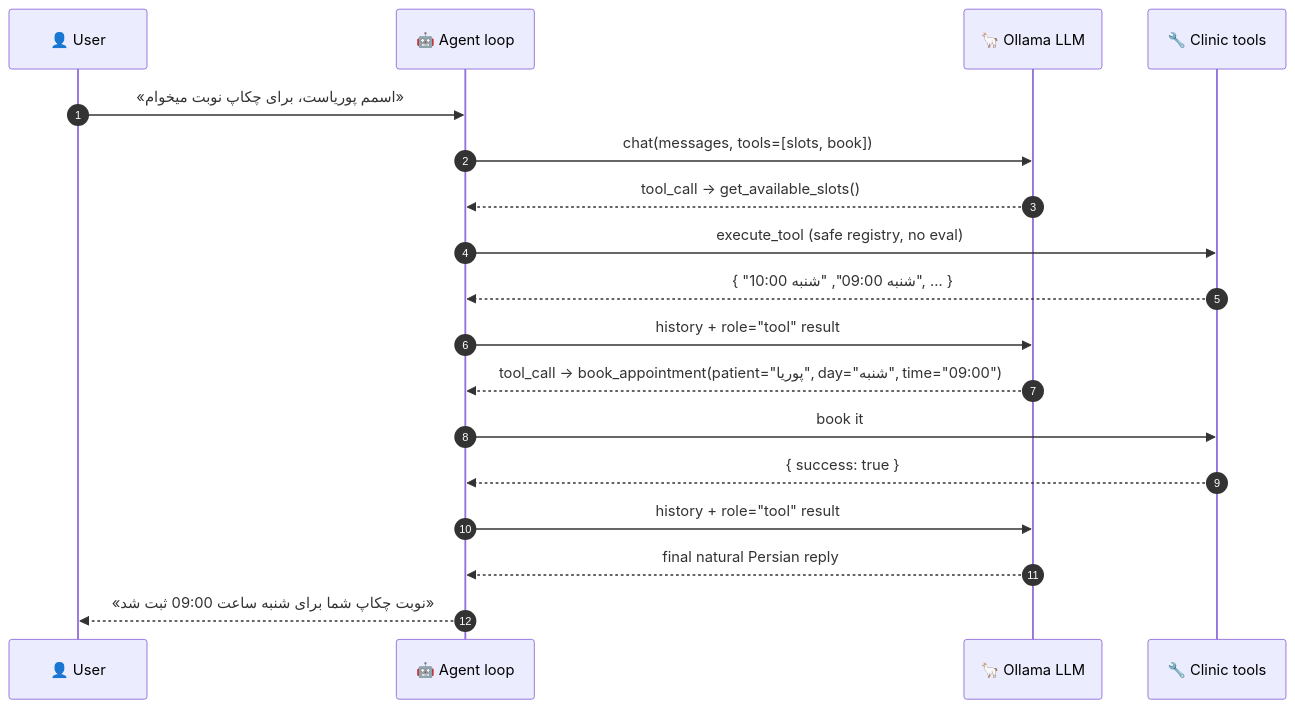
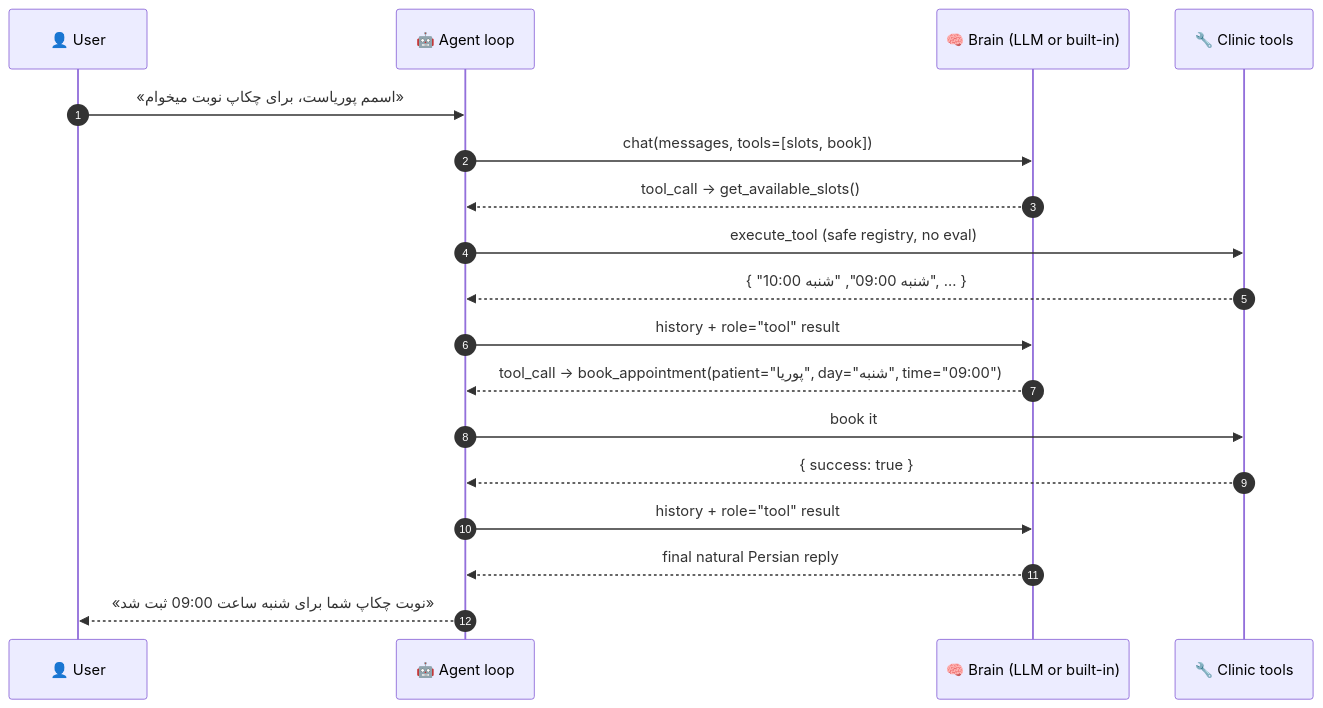
Before and after one commit to SirBNL/doctor-agent: the second of 2 diagrams in README.md, drawn with Mermaid. The commit also changed other lines of this file and 3 other files, not shown here.

Commit message:
✨ README masterpiece v2 — 'works without LLM' story, three-brains diagram, stats cards; CI + Snake workflows restored

````diff
--- a/README.md
+++ b/README.md
@@ -47,21 +85,21 @@
 ```mermaid
 sequenceDiagram
     autonumber
     participant U as 👤 User
     participant A as 🤖 Agent loop
-    participant O as 🦙 Ollama LLM
+    participant O as 🧠 Brain (LLM or built-in)
     participant T as 🔧 Clinic tools
 
     U->>A: «اسمم پوریاست، برای چکاپ نوبت میخوام»
     A->>O: chat(messages, tools=[slots, book])
     O-->>A: tool_call → get_available_slots()
     A->>T: execute_tool (safe registry, no eval)
     T-->>A: { "شنبه 09:00", "شنبه 10:00", … }
     A->>O: history + role="tool" result
     O-->>A: tool_call → book_appointment(patient="پوریا", day="شنبه", time="09:00")
     A->>T: book it
     T-->>A: { success: true }
     A->>O: history + role="tool" result
     O-->>A: final natural Persian reply
     A-->>U: «نوبت چکاپ شما برای شنبه ساعت 09:00 ثبت شد»
 ```
````
